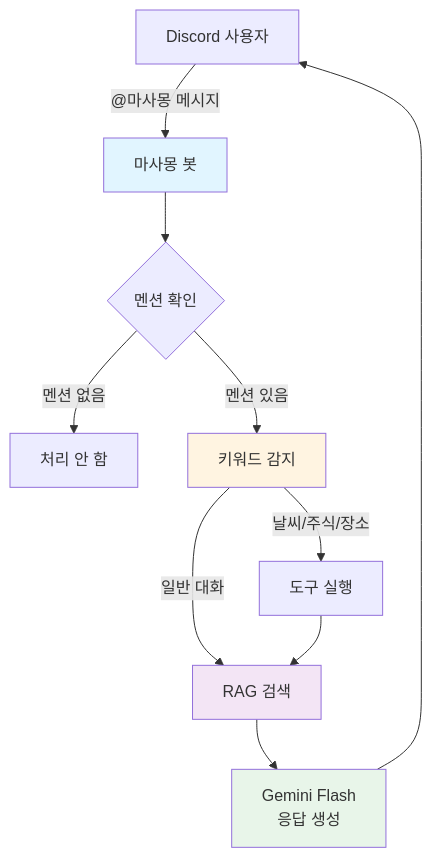
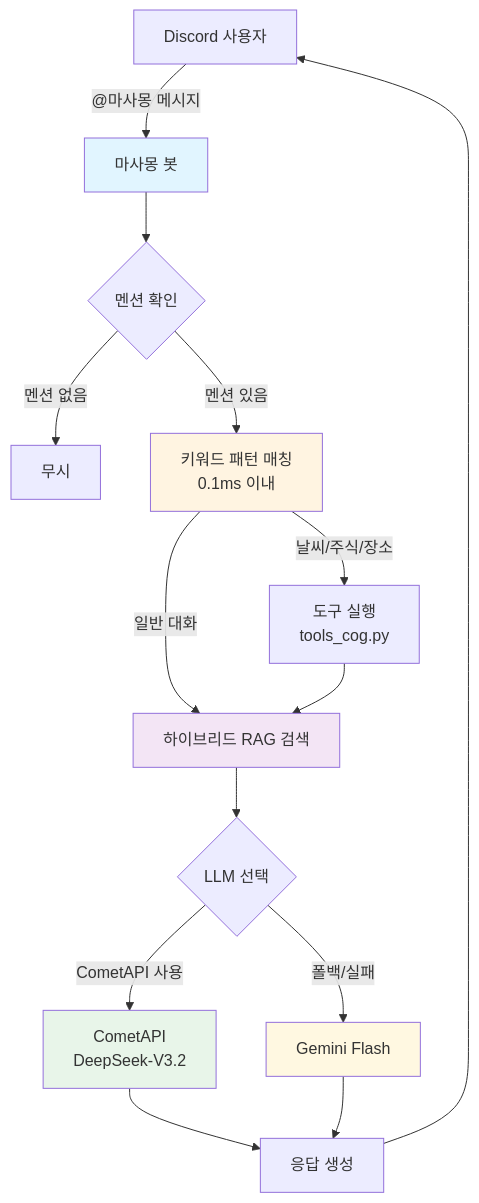
One commit to kim0040/masamong changed the first of 5 diagrams in README.md. Above: the diagram before and after it, drawn with Mermaid. The commit also changed other lines of this file, not shown here.

First line of the commit message:
docs: README 문서 전면 개편 - CometAPI, BM25 하이브리드 검색, E5 임베딩 상세 설명 추가

````diff
--- a/README.md
+++ b/README.md
@@ -76,19 +65,26 @@
 ```mermaid
 graph TB
     User[Discord 사용자] -->|"@마사몽 메시지"| Bot[마사몽 봇]
     Bot --> MentionCheck{멘션 확인}
-    MentionCheck -->|"멘션 없음"| Skip[처리 안 함]
-    MentionCheck -->|"멘션 있음"| KeywordDetect[키워드 감지]
+    MentionCheck -->|"멘션 없음"| Skip[무시]
+    MentionCheck -->|"멘션 있음"| KeywordDetect[키워드 패턴 매칭<br/>0.1ms 이내]
     
-    KeywordDetect -->|"날씨/주식/장소"| Tools[도구 실행]
-    KeywordDetect -->|"일반 대화"| RAG[RAG 검색]
+    KeywordDetect -->|"날씨/주식/장소"| Tools[도구 실행<br/>tools_cog.py]
+    KeywordDetect -->|"일반 대화"| RAG[하이브리드 RAG 검색]
     
     Tools --> RAG
-    RAG --> MainModel[Gemini Flash<br/>응답 생성]
-    MainModel --> User
+    RAG --> LLMSelect{LLM 선택}
+    
+    LLMSelect -->|"CometAPI 사용"| CometAPI[CometAPI<br/>DeepSeek-V3.2]
+    LLMSelect -->|"폴백/실패"| Gemini[Gemini Flash]
+    
+    CometAPI --> Response[응답 생성]
+    Gemini --> Response
+    Response --> User
     
     style Bot fill:#e1f5ff
     style KeywordDetect fill:#fff4e1
     style RAG fill:#f3e5f5
-    style MainModel fill:#e8f5e9
+    style CometAPI fill:#e8f5e9
+    style Gemini fill:#fff8e1
 ```
````
